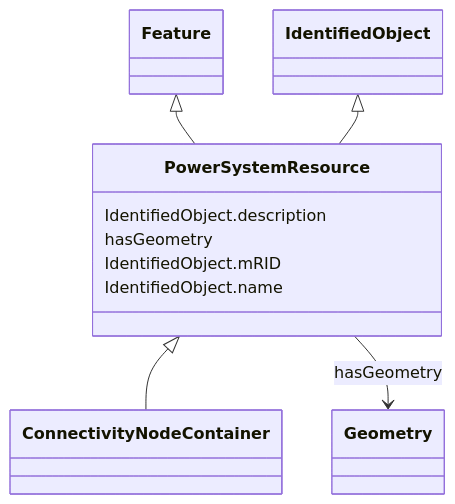
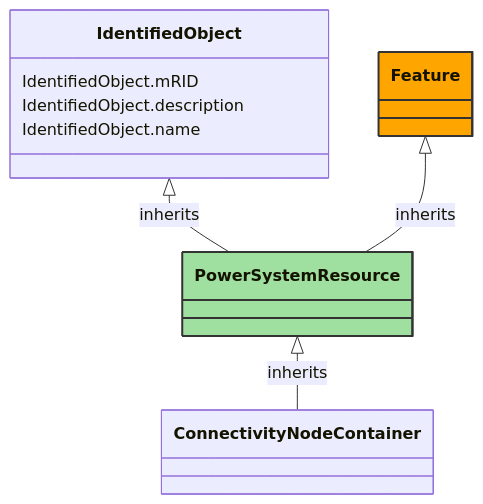
Before and after one commit to 3lbits/NoCIMExtensions: the diagram in docs/WattApp/PowerSystemResource.md, drawn with Mermaid. The commit also changed other lines of this file and 60 other files, not shown here.

````diff
--- a/docs/WattApp/PowerSystemResource.md
+++ b/docs/WattApp/PowerSystemResource.md
@@ -18,27 +10,28 @@
 ```mermaid
- classDiagram
+classDiagram
     class PowerSystemResource
     click PowerSystemResource href "../PowerSystemResource"
-      Feature <|-- PowerSystemResource
-        click Feature href "../Feature"
-      IdentifiedObject <|-- PowerSystemResource
-        click IdentifiedObject href "../IdentifiedObject"
-      
+    style PowerSystemResource fill:#9fdf9f,stroke:#333,stroke-width:2px,rx:10,ry:10
 
-      PowerSystemResource <|-- ConnectivityNodeContainer
-        click ConnectivityNodeContainer href "../ConnectivityNodeContainer"
-      
-      
-      PowerSystemResource : IdentifiedObject.description
-        
-      PowerSystemResource : hasGeometry
-        
-          PowerSystemResource --> Geometry : hasGeometry
-          click Geometry href "../Geometry"
-        
-      PowerSystemResource : IdentifiedObject.mRID
-        
-      PowerSystemResource : IdentifiedObject.name
-        
-      
+        PowerSystemResource <|-- ConnectivityNodeContainer : inherits
+            click PowerSystemResource href "../PowerSystemResource"
+            style PowerSystemResource rx:10,ry:10
+
+        ConnectivityNodeContainer
+            click ConnectivityNodeContainer href "../ConnectivityNodeContainer"
+            style ConnectivityNodeContainer rx:10,ry:10
+
+        IdentifiedObject <|-- PowerSystemResource : inherits
+            click IdentifiedObject href "../IdentifiedObject"
+            style IdentifiedObject rx:10,ry:10
+
+        Feature <|-- PowerSystemResource : inherits
+            click Feature href "../Feature"
+            style Feature fill:#FFA500,stroke:#333,stroke-width:2px,rx:10,ry:10
+
+
+
+        IdentifiedObject : IdentifiedObject.mRID
+        IdentifiedObject : IdentifiedObject.description
+        IdentifiedObject : IdentifiedObject.name
 ```
````
